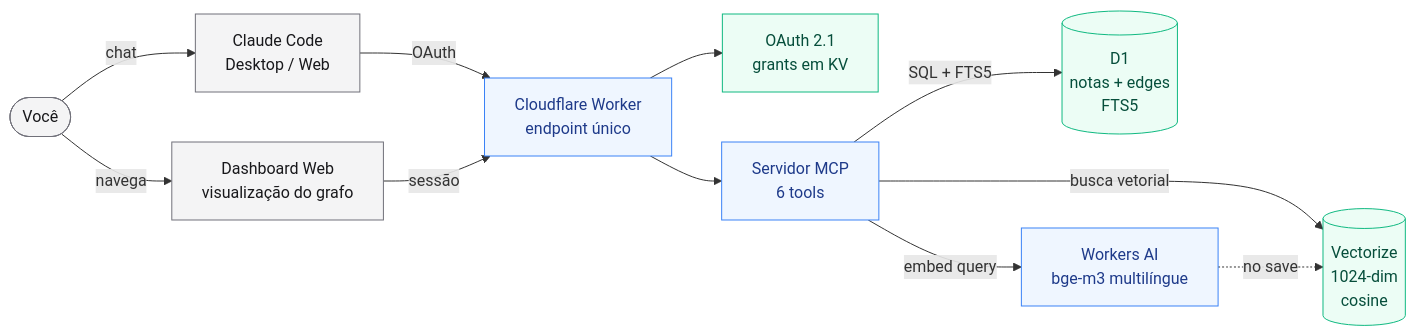
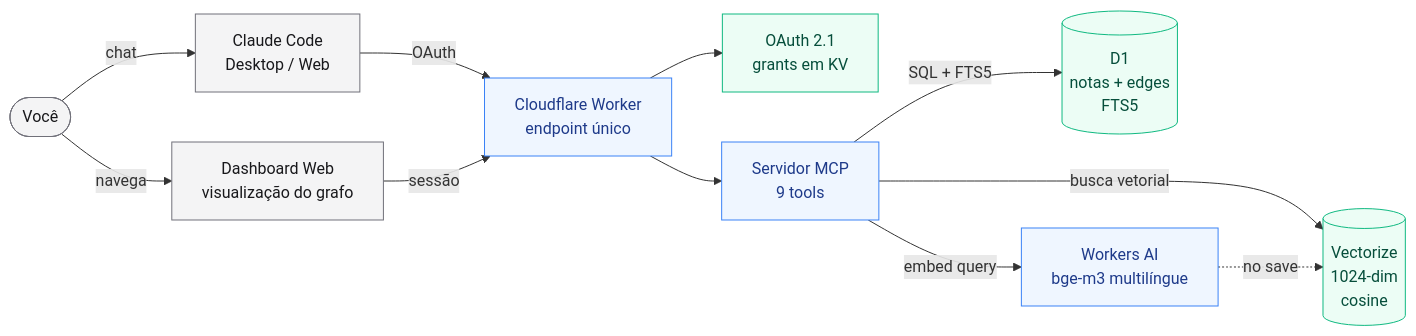
One commit to Expert-Integrado/expert-brain changed the first of 2 diagrams in README.md. Above: the diagram before and after it, drawn with Mermaid. The commit also changed other lines of this file, not shown here.

````diff
--- a/README.md
+++ b/README.md
@@ -161,30 +189,30 @@
 ```mermaid
 flowchart LR
     User([Você])
     Claude[Claude Code<br/>Desktop / Web]
     Worker[Cloudflare Worker<br/>endpoint único]
     OAuth[OAuth 2.1<br/>grants em KV]
-    MCP[Servidor MCP<br/>6 tools]
+    MCP[Servidor MCP<br/>9 tools]
     D1[(D1<br/>notas + edges<br/>FTS5)]
     Vec[(Vectorize<br/>1024-dim<br/>cosine)]
     AI[Workers AI<br/>bge-m3 multilíngue]
     Web[Dashboard Web<br/>visualização do grafo]
 
     User -->|chat| Claude
     User -->|navega| Web
     Claude -->|OAuth| Worker
     Web -->|sessão| Worker
     Worker --> OAuth
     Worker --> MCP
     MCP -->|SQL + FTS5| D1
     MCP -->|embed query| AI
     MCP -->|busca vetorial| Vec
     AI -.->|no save| Vec
 
     classDef edge fill:#f4f4f5,stroke:#71717a,color:#18181b
     classDef store fill:#ecfdf5,stroke:#10b981,color:#064e3b
     classDef compute fill:#eff6ff,stroke:#3b82f6,color:#1e3a8a
     class User,Claude,Web edge
     class D1,Vec,OAuth store
     class Worker,MCP,AI compute
 ```
````
